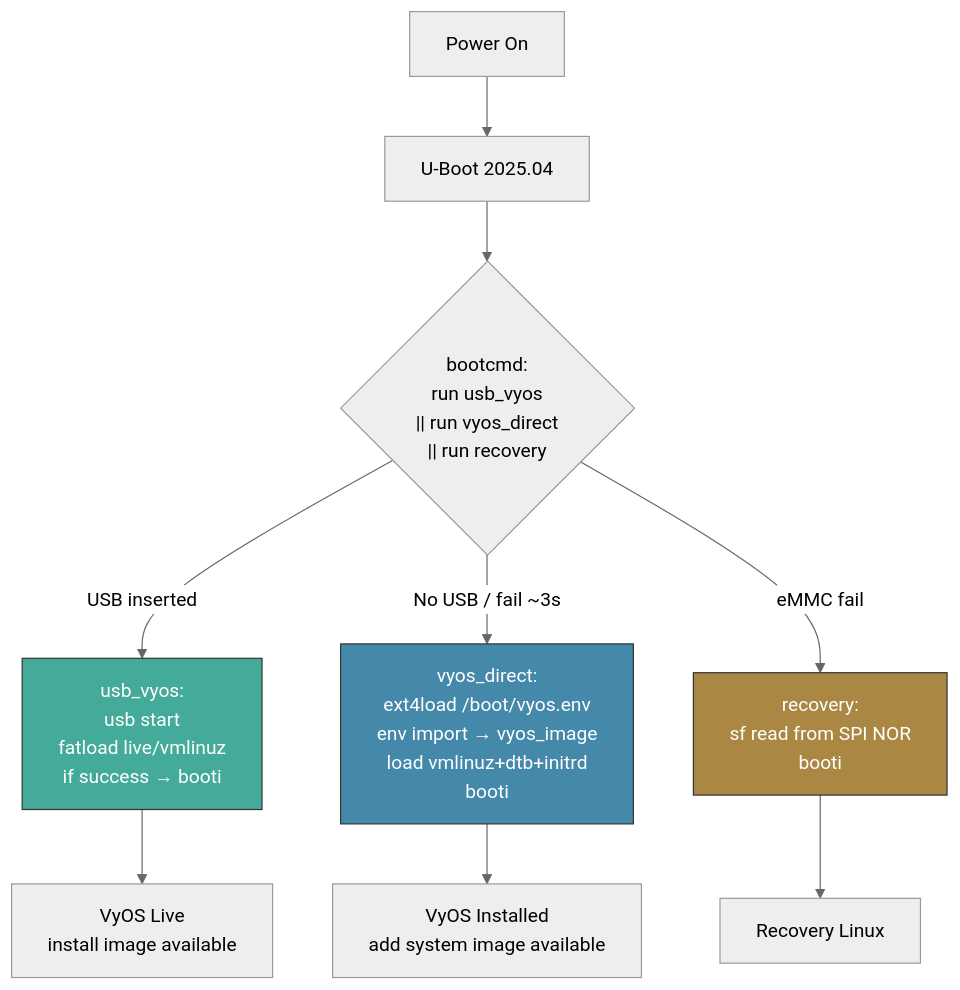
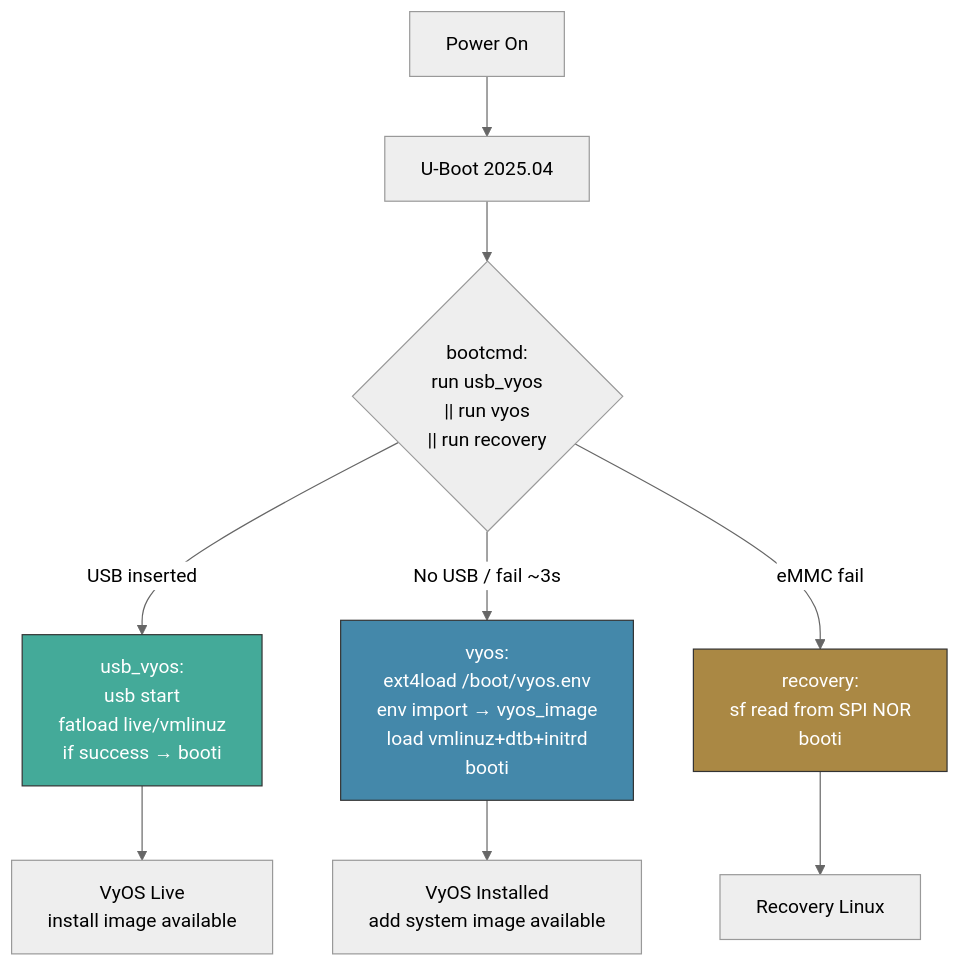
One commit to Daegara/vyos-ls1046a-build changed the diagram in UBOOT.md. Above: the diagram before and after it, drawn with Mermaid (neutral theme). The commit also changed other lines of this file and 9 other files, not shown here.

````diff
--- a/UBOOT.md
+++ b/UBOOT.md
@@ -34,17 +34,17 @@
 ```mermaid
 flowchart TD
     PO["Power On"] --> UB["U-Boot 2025.04"]
-    UB --> CMD{"bootcmd:\nrun usb_vyos\n|| run vyos_direct\n|| run recovery"}
+    UB --> CMD{"bootcmd:\nrun usb_vyos\n|| run vyos\n|| run recovery"}
 
     CMD -->|"USB inserted"| USB_TRY["usb_vyos:\nusb start\nfatload live/vmlinuz\nif success → booti"]
-    CMD -->|"No USB / fail ~3s"| EMMC["vyos_direct:\next4load /boot/vyos.env\nenv import → vyos_image\nload vmlinuz+dtb+initrd\nbooti"]
+    CMD -->|"No USB / fail ~3s"| EMMC["vyos:\next4load /boot/vyos.env\nenv import → vyos_image\nload vmlinuz+dtb+initrd\nbooti"]
     CMD -->|"eMMC fail"| REC["recovery:\nsf read from SPI NOR\nbooti"]
 
     USB_TRY --> LIVE["VyOS Live\ninstall image available"]
     EMMC --> INSTALLED["VyOS Installed\nadd system image available"]
     REC --> RECOVERY["Recovery Linux"]
 
     style USB_TRY fill:#4a9,stroke:#333,color:#fff
     style EMMC fill:#48a,stroke:#333,color:#fff
     style REC fill:#a84,stroke:#333,color:#fff
 ```
````
